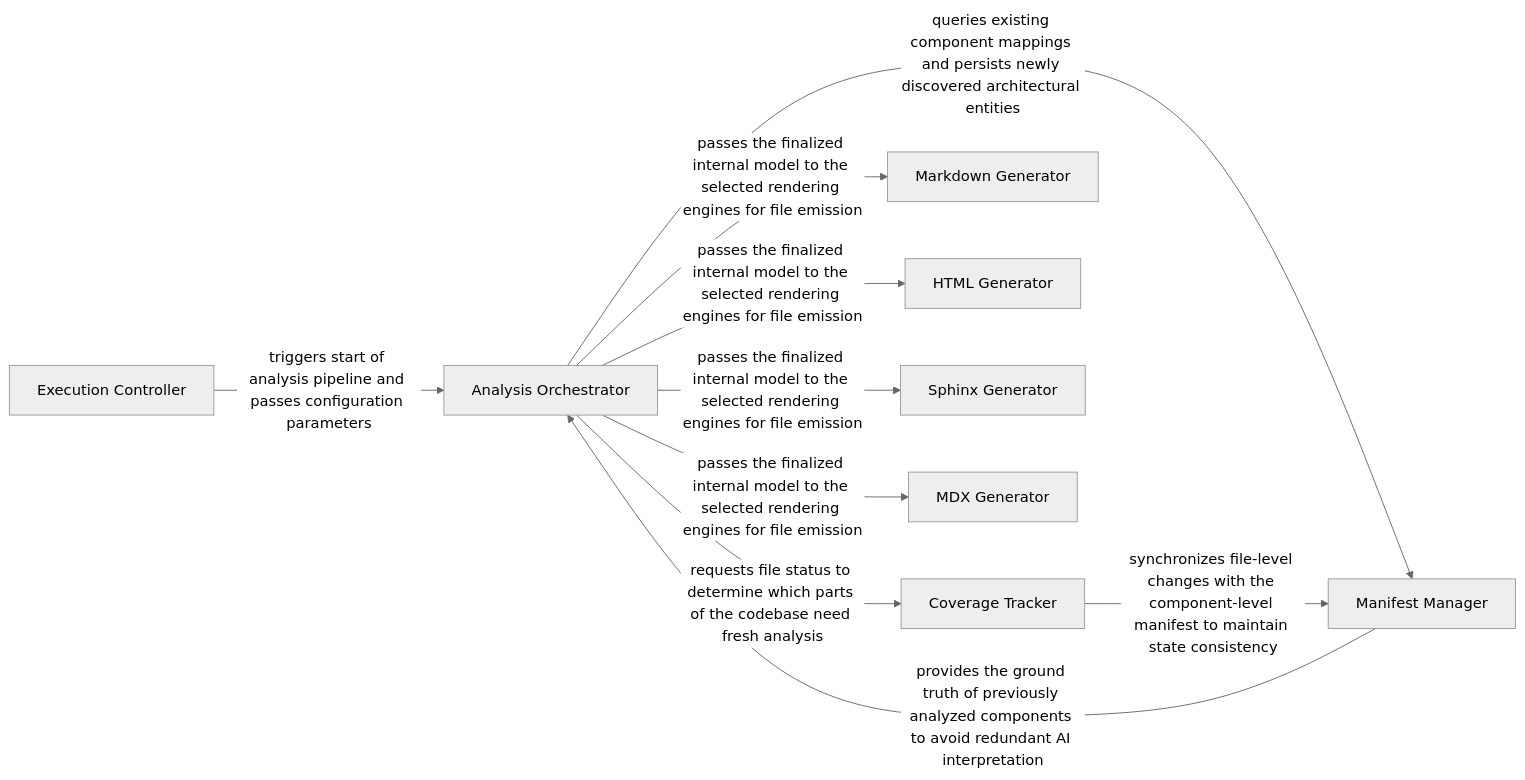
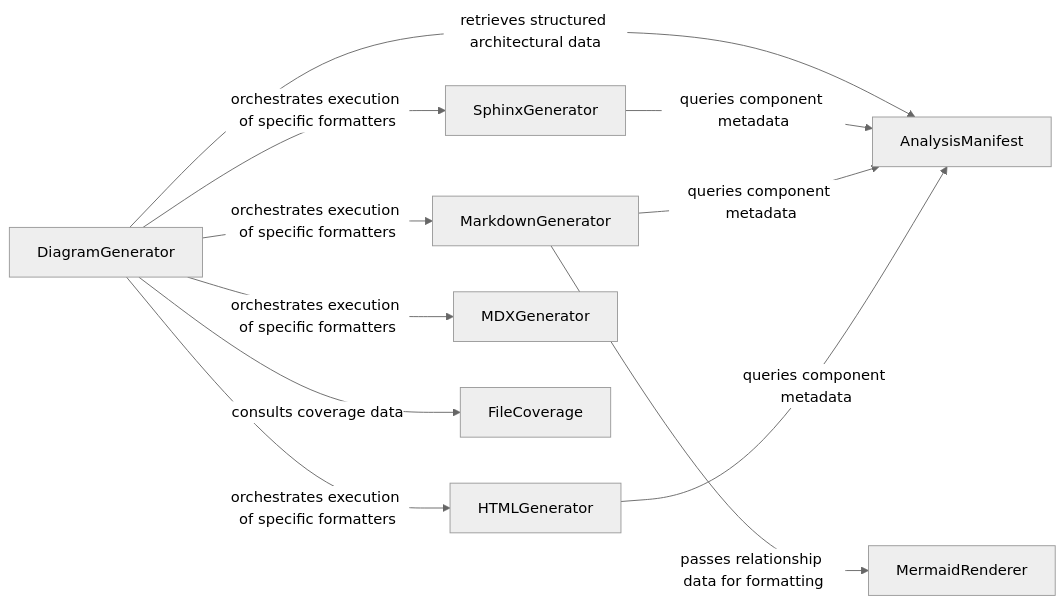
One commit to CodeBoarding/CodeBoarding changed the diagram in .codeboarding/Documentation_Diagram_Generator.md. Above: the diagram before and after it, drawn with Mermaid (neutral theme). The commit also changed other lines of this file and 11 other files, not shown here.

````diff
--- a/.codeboarding/Documentation_Diagram_Generator.md
+++ b/.codeboarding/Documentation_Diagram_Generator.md
@@ -1,20 +1,21 @@
 ```mermaid
 graph LR
-    Execution_Controller["Execution Controller"]
-    Analysis_Orchestrator["Analysis Orchestrator"]
-    Manifest_Manager["Manifest Manager"]
-    Coverage_Tracker["Coverage Tracker"]
-    Markdown_Generator["Markdown Generator"]
-    HTML_Generator["HTML Generator"]
-    Sphinx_Generator["Sphinx Generator"]
-    MDX_Generator["MDX Generator"]
-    Execution_Controller -- "triggers start of analysis pipeline and passes configuration parameters" --> Analysis_Orchestrator
-    Analysis_Orchestrator -- "queries existing component mappings and persists newly discovered architectural entities" --> Manifest_Manager
-    Analysis_Orchestrator -- "requests file status to determine which parts of the codebase need fresh analysis" --> Coverage_Tracker
-    Analysis_Orchestrator -- "passes the finalized internal model to the selected rendering engines for file emission" --> Markdown_Generator
-    Analysis_Orchestrator -- "passes the finalized internal model to the selected rendering engines for file emission" --> HTML_Generator
-    Analysis_Orchestrator -- "passes the finalized internal model to the selected rendering engines for file emission" --> Sphinx_Generator
-    Analysis_Orchestrator -- "passes the finalized internal model to the selected rendering engines for file emission" --> MDX_Generator
-    Coverage_Tracker -- "synchronizes file‑level changes with the component‑level manifest to maintain state consistency" --> Manifest_Manager
-    Manifest_Manager -- "provides the ground truth of previously analyzed components to avoid redundant AI interpretation" --> Analysis_Orchestrator
+    DiagramGenerator["DiagramGenerator"]
+    AnalysisManifest["AnalysisManifest"]
+    SphinxGenerator["SphinxGenerator"]
+    MarkdownGenerator["MarkdownGenerator"]
+    HTMLGenerator["HTMLGenerator"]
+    MDXGenerator["MDXGenerator"]
+    FileCoverage["FileCoverage"]
+    MermaidRenderer["MermaidRenderer"]
+    DiagramGenerator -- "retrieves structured architectural data" --> AnalysisManifest
+    DiagramGenerator -- "orchestrates execution of specific formatters" --> SphinxGenerator
+    DiagramGenerator -- "orchestrates execution of specific formatters" --> MarkdownGenerator
+    DiagramGenerator -- "orchestrates execution of specific formatters" --> HTMLGenerator
+    DiagramGenerator -- "orchestrates execution of specific formatters" --> MDXGenerator
+    SphinxGenerator -- "queries component metadata" --> AnalysisManifest
+    MarkdownGenerator -- "queries component metadata" --> AnalysisManifest
+    HTMLGenerator -- "queries component metadata" --> AnalysisManifest
+    DiagramGenerator -- "consults coverage data" --> FileCoverage
+    MarkdownGenerator -- "passes relationship data for formatting" --> MermaidRenderer
 ```
````
